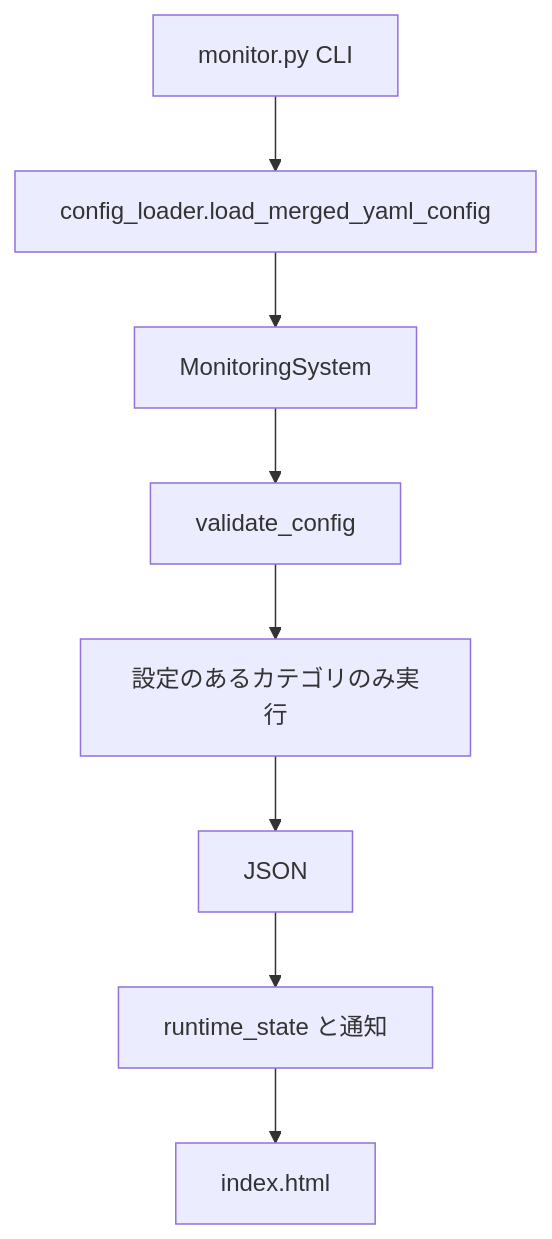
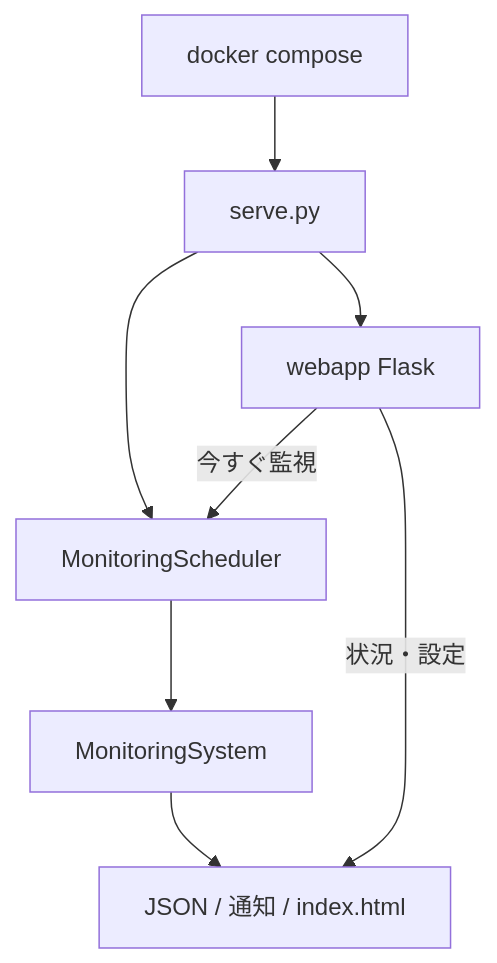
Before and after one commit to wazyc/BeaconBase: the diagram in docs/architecture.md, drawn with Mermaid. The commit also changed other lines of this file and 30 other files, not shown here.

First line of the commit message:
docker compose 常駐監視と WEB UI を追加する (#3)

````diff
--- a/docs/architecture.md
+++ b/docs/architecture.md
@@ -21,12 +26,15 @@
 ```mermaid
 flowchart TD
-  cli[monitor.py CLI]
-  load[config_loader.load_merged_yaml_config]
+  compose[docker compose]
+  serve[serve.py]
+  sched[MonitoringScheduler]
+  web[webapp Flask]
   ms[MonitoringSystem]
-  val[validate_config]
-  checks[設定のあるカテゴリのみ実行]
-  save[JSON]
-  state[runtime_state と通知]
-  dash[index.html]
-  cli --> load --> ms --> val --> checks --> save --> state --> dash
+  save[JSON / 通知 / index.html]
+  compose --> serve
+  serve --> sched
+  serve --> web
+  sched --> ms --> save
+  web -->|状況・設定| save
+  web -->|今すぐ監視| sched
 ```
````
